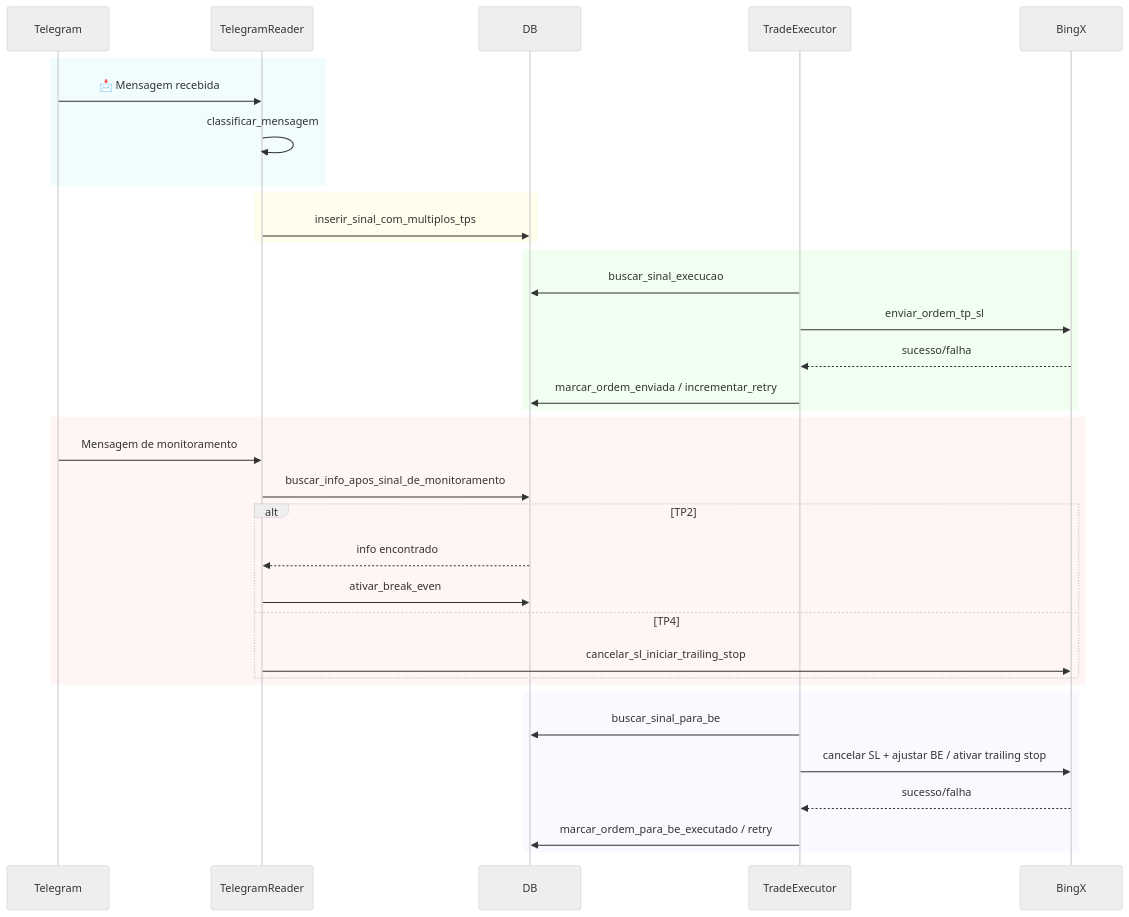
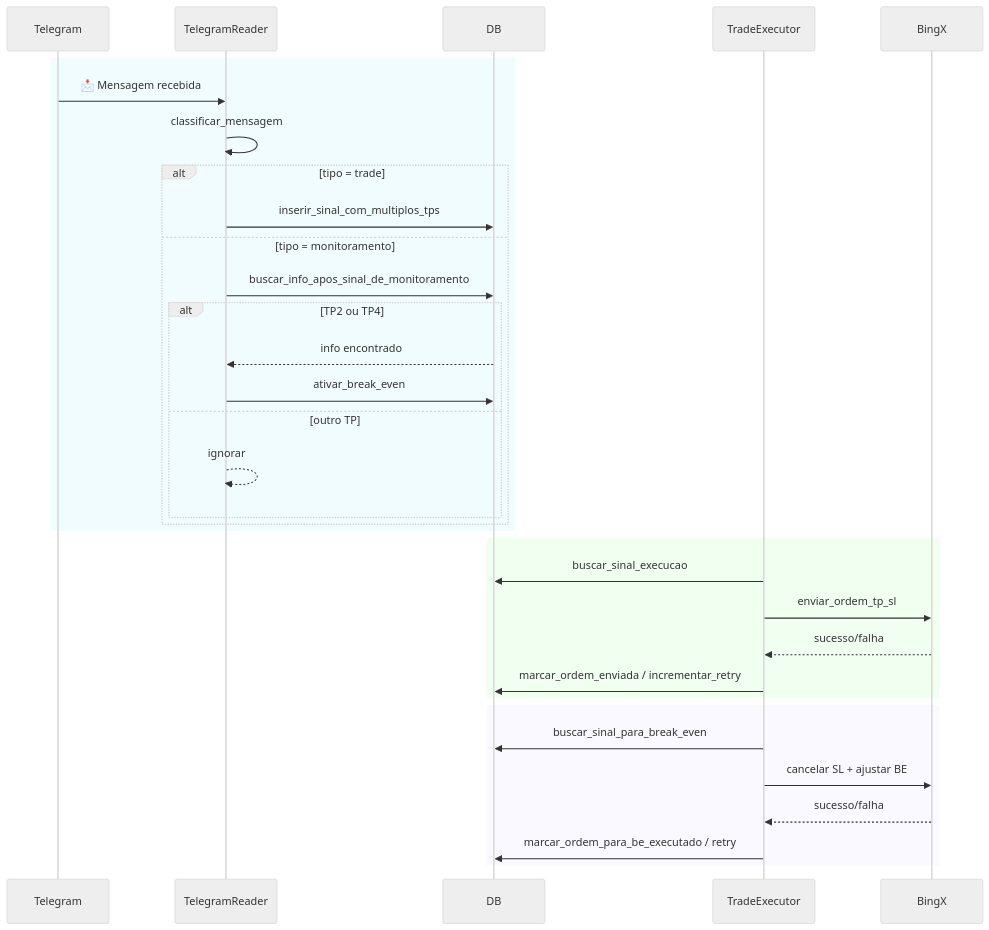
Before and after one commit to danielfcastro/TelegramReader: the diagram in README.md, drawn with Mermaid. The commit also changed other lines of this file and 7 other files, not shown here.

Commit message:
- introdução da divisão do trade em 5 proporções - break even para TP2 e TP4 - ajuste no modelo de dados para mais clareza - correção das queries novo conteúdo do README.md

````diff
--- a/README.md
+++ b/README.md
@@ -289,43 +269,40 @@
 ```mermaid
 %%{ init : { "theme" : "neutral" } }%%
 sequenceDiagram
     participant Telegram
     participant TelegramReader
     participant DB
     participant TradeExecutor
     participant BingX
 
     rect rgba(220, 248, 255, 0.4)
         Telegram->>TelegramReader: 📩 Mensagem recebida
         TelegramReader->>TelegramReader: classificar_mensagem
-    end
-
-    rect rgba(255, 250, 205, 0.4)
-        TelegramReader->>DB: inserir_sinal_com_multiplos_tps
+        alt tipo = trade
+            TelegramReader->>DB: inserir_sinal_com_multiplos_tps
+        else tipo = monitoramento
+            TelegramReader->>DB: buscar_info_apos_sinal_de_monitoramento
+            alt TP2 ou TP4
+                DB-->>TelegramReader: info encontrado
+                TelegramReader->>DB: ativar_break_even
+            else outro TP
+                TelegramReader-->>TelegramReader: ignorar
+            end
+        end
     end
 
     rect rgba(220, 255, 220, 0.4)
         TradeExecutor->>DB: buscar_sinal_execucao
         TradeExecutor->>BingX: enviar_ordem_tp_sl
         BingX-->>TradeExecutor: sucesso/falha
         TradeExecutor->>DB: marcar_ordem_enviada / incrementar_retry
     end
 
-    rect rgba(255, 230, 230, 0.4)
-        Telegram->>TelegramReader: Mensagem de monitoramento
-        TelegramReader->>DB: buscar_info_apos_sinal_de_monitoramento
-        alt TP2
-            DB-->>TelegramReader: info encontrado
-            TelegramReader->>DB: ativar_break_even
-        else TP4
-            TelegramReader->>BingX: cancelar_sl_iniciar_trailing_stop
-        end
-    end
-
     rect rgba(240, 240, 255, 0.4)
-        TradeExecutor->>DB: buscar_sinal_para_be
-        TradeExecutor->>BingX: cancelar SL + ajustar BE / ativar trailing stop
+        TradeExecutor->>DB: buscar_sinal_para_break_even
+        TradeExecutor->>BingX: cancelar SL + ajustar BE
         BingX-->>TradeExecutor: sucesso/falha
         TradeExecutor->>DB: marcar_ordem_para_be_executado / retry
     end
+
 ```
````
